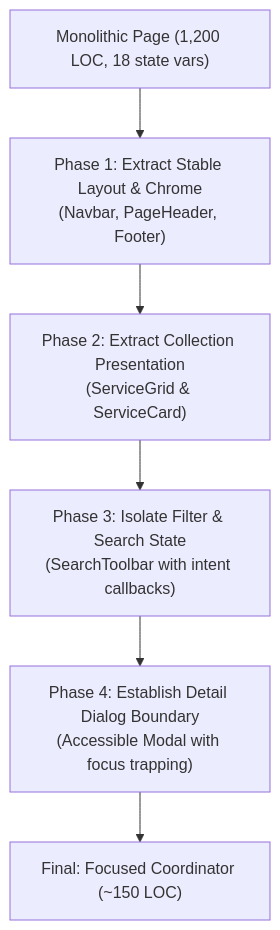
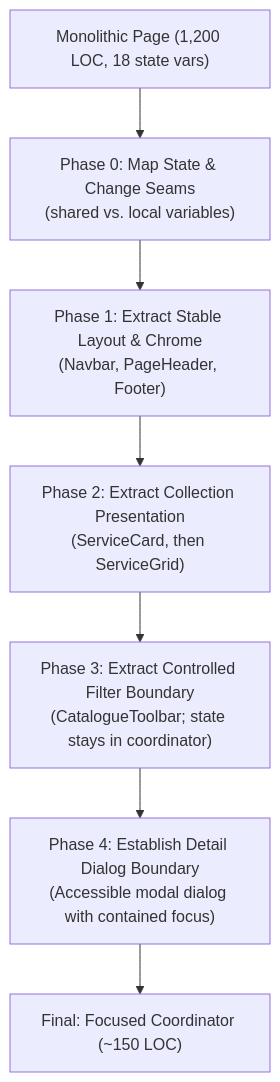
Before and after one commit to polla-fattah/frontend-book: diagram 13 of 14 in content/book/Chapter_06_Component_Driven_Architecture_and_Design_Patterns.md, drawn with Mermaid. The commit also changed other lines of this file, not shown here.

````diff
--- a/content/book/Chapter_06_Component_Driven_Architecture_and_Design_Patterns.md
+++ b/content/book/Chapter_06_Component_Driven_Architecture_and_Design_Patterns.md
@@ -631,11 +581,12 @@
 ```mermaid
 flowchart TD
-    Step1["Monolithic Page (1,200 LOC, 18 state vars)"]
+    Step0["Monolithic Page (1,200 LOC, 18 state vars)"]
+    Step1["Phase 0: Map State & Change Seams\n(shared vs. local variables)"]
     Step2["Phase 1: Extract Stable Layout & Chrome\n(Navbar, PageHeader, Footer)"]
-    Step3["Phase 2: Extract Collection Presentation\n(ServiceGrid & ServiceCard)"]
-    Step4["Phase 3: Isolate Filter & Search State\n(SearchToolbar with intent callbacks)"]
-    Step5["Phase 4: Establish Detail Dialog Boundary\n(Accessible Modal with focus trapping)"]
+    Step3["Phase 2: Extract Collection Presentation\n(ServiceCard, then ServiceGrid)"]
+    Step4["Phase 3: Extract Controlled Filter Boundary\n(CatalogueToolbar; state stays in coordinator)"]
+    Step5["Phase 4: Establish Detail Dialog Boundary\n(Accessible modal dialog with contained focus)"]
     Step6["Final: Focused Coordinator (~150 LOC)"]
 
-    Step1 --> Step2 --> Step3 --> Step4 --> Step5 --> Step6
+    Step0 --> Step1 --> Step2 --> Step3 --> Step4 --> Step5 --> Step6
 ```
````
